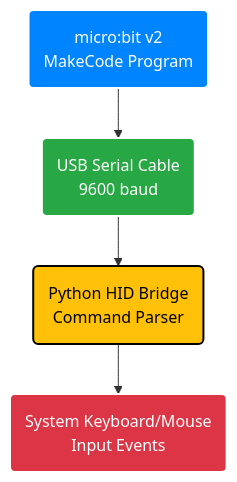
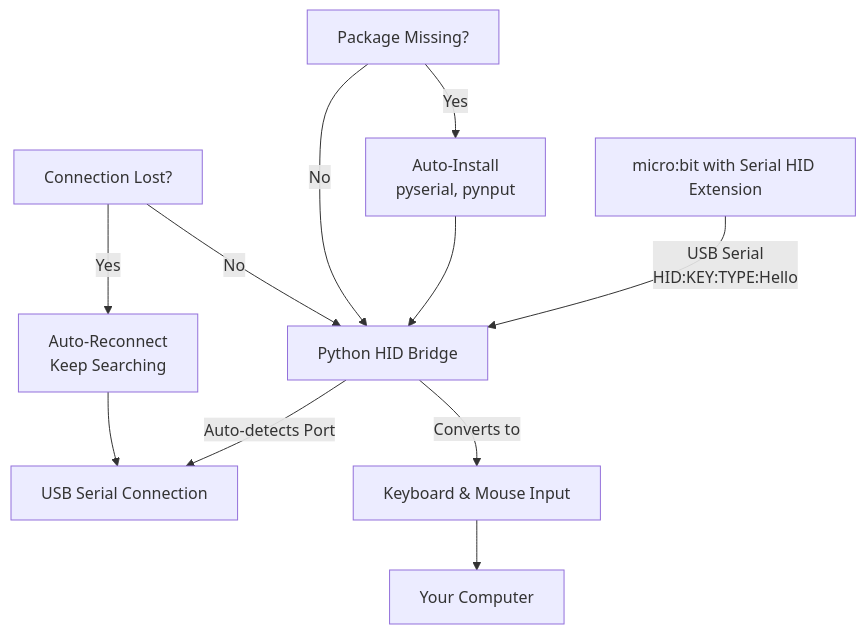
The first of 2 diagrams in README.md (evotions/KeyboardEmu-for-BBC-Microbit), drawn with Mermaid before and after one commit. The commit also changed other lines of this file and 1 other file, not shown here.

````diff
--- a/README.md
+++ b/README.md
@@ -52,11 +9,15 @@
 ```mermaid
 graph TD
-    A("micro:bit v2<br/>MakeCode Program") --> B("USB Serial Cable<br/>9600 baud")
-    B --> C("Python HID Bridge<br/>Command Parser")
-    C --> D("System Keyboard/Mouse<br/>Input Events")
+    A["micro:bit with Serial HID Extension"] -->|"USB Serial<br/>HID:KEY:TYPE:Hello"| B["Python HID Bridge"]
+    B -->|"Auto-detects Port"| C["USB Serial Connection"]
+    B -->|"Converts to"| D["Keyboard & Mouse Input"]
+    D --> E["Your Computer"]
     
-    style A fill:#0084ff,stroke:#fff,stroke-width:2px,color:#fff
-    style B fill:#28a745,stroke:#fff,stroke-width:2px,color:#fff
-    style C fill:#ffc107,stroke:#000,stroke-width:2px,color:#000
-    style D fill:#dc3545,stroke:#fff,stroke-width:2px,color:#fff
+    F["Package Missing?"] -->|"Yes"| G["Auto-Install<br/>pyserial, pynput"]
+    G --> B
+    F -->|"No"| B
+    
+    H["Connection Lost?"] -->|"Yes"| I["Auto-Reconnect<br/>Keep Searching"]
+    I --> C
+    H -->|"No"| B
 ```
````
